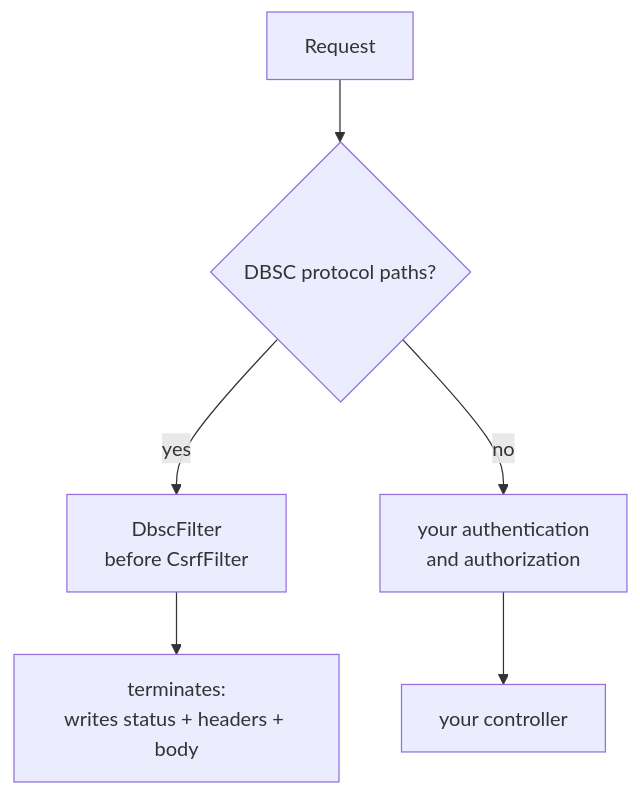
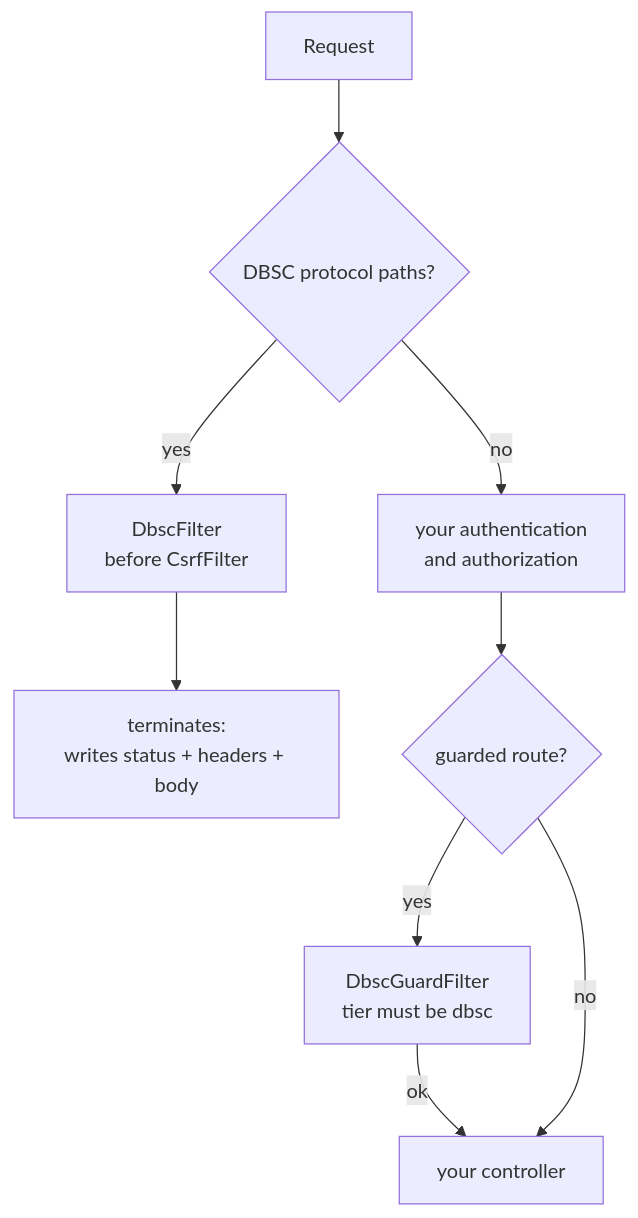
The diagram in README.md (yuukioosaka/spring-dbsc), drawn with Mermaid before and after one commit. The commit also changed other lines of this file and 10 other files, not shown here.

First line of the commit message:
feat: restore a route guard, as a tier check rather than a proof check

````diff
--- a/README.md
+++ b/README.md
@@ -365,8 +398,11 @@
 ```mermaid
 flowchart TD
     A[Request] --> B{DBSC protocol paths?}
     B -- yes --> C[DbscFilter<br/>before CsrfFilter]
     C --> C2[terminates:<br/>writes status + headers + body]
-    B -- no --> E[your authentication<br/>and authorization]
-    E --> F[your controller]
+    B -- no --> D[your authentication<br/>and authorization]
+    D --> G{guarded route?}
+    G -- yes --> H[DbscGuardFilter<br/>tier must be dbsc]
+    H -- ok --> F[your controller]
+    G -- no --> F
 ```
````
